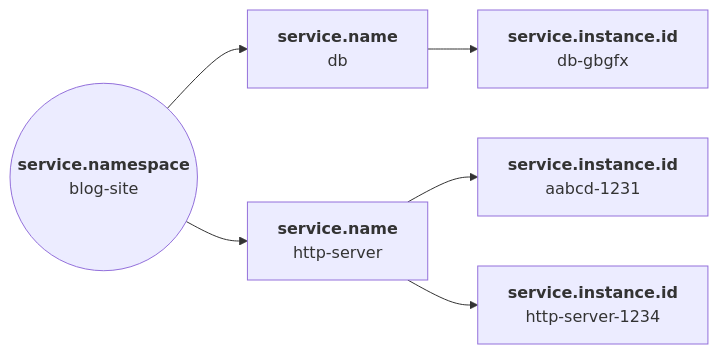
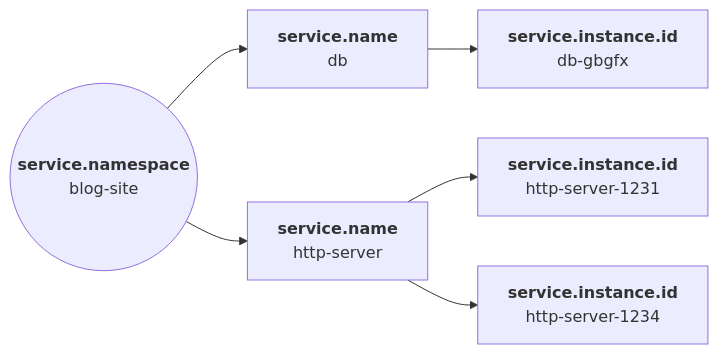
One commit to open-telemetry/semantic-conventions changed the diagram in docs/resource/service.md. Above: the diagram before and after it, drawn with Mermaid.

````diff
--- a/docs/resource/service.md
+++ b/docs/resource/service.md
@@ -23,20 +23,20 @@
 ```mermaid
 flowchart LR
     App(("`**service.namespace**
            blog-site`"))
     Db["`**service.name**
          db`"]
     Http["`**service.name**
           http-server`"]
     Http1["`**service.instance.id**
-            aabcd-1231`"]
+            http-server-1231`"]
     Http2["`**service.instance.id**
            http-server-1234`"]
     Db1["`**service.instance.id**
          db-gbgfx`"]
     Db --> Db1
     Http --> Http1
     Http --> Http2
     App --> Db
     App --> Http
 ```
````
